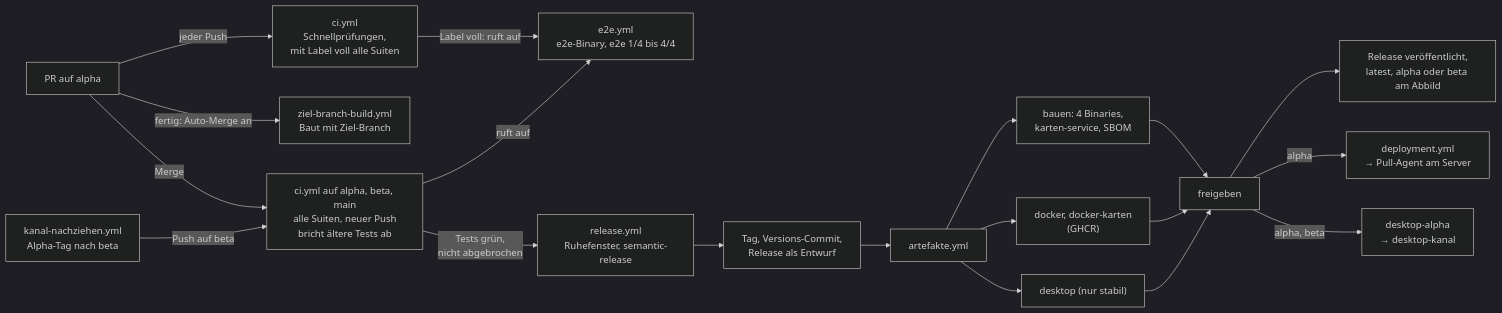
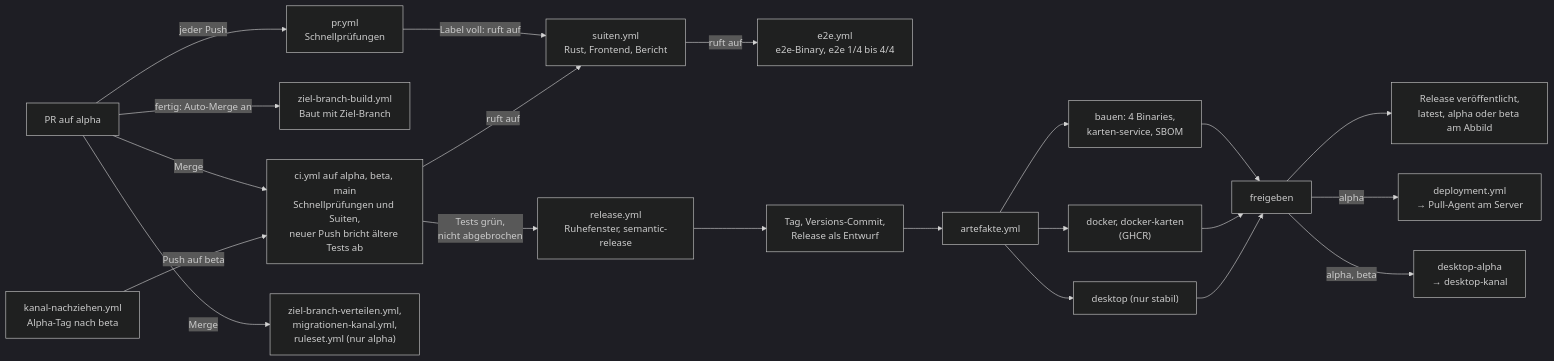
One commit to rubenvitt/lifeline-hub changed the second of 2 diagrams in docs/architektur/07-verteilungssicht.md. Above: the diagram before and after it, drawn with Mermaid (dark theme). The commit also changed other lines of this file and 7 other files, not shown here.

First line of the commit message:
docs(ci): Regeln, Kapitel 7 und 11 auf einen Workflow je Ereignis (LLH-1895, LLH-1896)

````diff
--- a/docs/architektur/07-verteilungssicht.md
+++ b/docs/architektur/07-verteilungssicht.md
@@ -142,21 +142,23 @@
 ```mermaid
 flowchart LR
-  PR["PR auf alpha"] -->|jeder Push| CIPR["ci.yml<br/>Schnellprüfungen,<br/>mit Label voll alle Suiten"]
+  PR["PR auf alpha"] -->|jeder Push| CIPR["pr.yml<br/>Schnellprüfungen"]
   PR -->|"fertig: Auto-Merge an"| ZB["ziel-branch-build.yml<br/>Baut mit Ziel-Branch"]
-  PR -->|Merge| CI["ci.yml auf alpha, beta, main<br/>alle Suiten, neuer Push<br/>bricht ältere Tests ab"]
-  CIPR -->|"Label voll: ruft auf"| E2E["e2e.yml<br/>e2e-Binary, e2e 1/4 bis 4/4"]
-  CI -->|ruft auf| E2E
+  PR -->|Merge| CI["ci.yml auf alpha, beta, main<br/>Schnellprüfungen und Suiten,<br/>neuer Push bricht ältere Tests ab"]
+  PR -->|Merge| KAN["ziel-branch-verteilen.yml,<br/>migrationen-kanal.yml,<br/>ruleset.yml (nur alpha)"]
+  CIPR -->|"Label voll: ruft auf"| SU["suiten.yml<br/>Rust, Frontend, Bericht"]
+  CI -->|ruft auf| SU
+  SU -->|ruft auf| E2E["e2e.yml<br/>e2e-Binary, e2e 1/4 bis 4/4"]
   CI -->|"Tests grün,<br/>nicht abgebrochen"| REL["release.yml<br/>Ruhefenster, semantic-release"]
   REL --> TAG["Tag, Versions-Commit,<br/>Release als Entwurf"]
   TAG --> ART["artefakte.yml"]
   ART --> B["bauen: 4 Binaries,<br/>karten-service, SBOM"]
   ART --> D["docker, docker-karten<br/>(GHCR)"]
   ART --> DS["desktop (nur stabil)"]
   NZ["kanal-nachziehen.yml<br/>Alpha-Tag nach beta"] -->|Push auf beta| CI
   B --> F["freigeben"]
   D --> F
   DS --> F
   F --> PUB["Release veröffentlicht,<br/>latest, alpha oder beta am Abbild"]
   F -->|alpha| DEP["deployment.yml<br/>→ Pull-Agent am Server"]
   F -->|alpha, beta| DA["desktop-alpha<br/>→ desktop-kanal"]
 ```
````
